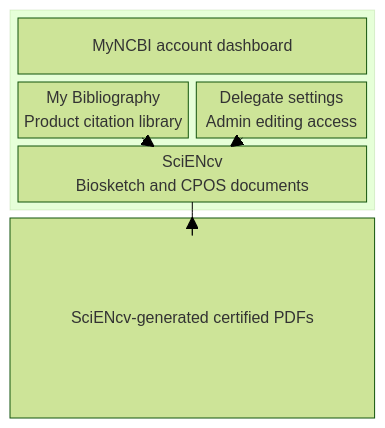
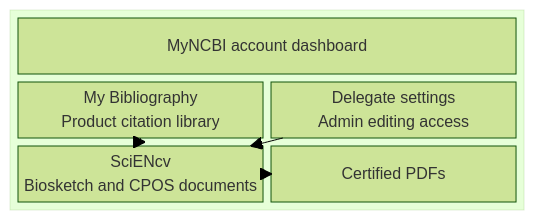
The diagram in docs/getting-ready/myncbi-sciencv.md (FritscheLab/nih-sciencv-playbook), drawn with Mermaid (forest theme) before and after one commit. The commit also changed 11 other files, not shown here.

Commit message:
docs: refine Mermaid diagrams for desktop readability

````diff
--- a/docs/getting-ready/myncbi-sciencv.md
+++ b/docs/getting-ready/myncbi-sciencv.md
@@ -20,15 +20,15 @@
 ```mermaid
 block-beta
     columns 2
     block:account:2
         columns 2
         dashboard["MyNCBI account dashboard"]:2
         bibliography["My Bibliography<br/>Product citation library"]
         delegates["Delegate settings<br/>Admin editing access"]
-        sciencv["SciENcv<br/>Biosketch and CPOS documents"]:2
+        sciencv["SciENcv<br/>Biosketch and CPOS documents"]
+        output["Certified PDFs"]
     end
-    output["SciENcv-generated certified PDFs"]:2
     bibliography --> sciencv
     delegates --> sciencv
     sciencv --> output
 ```
````
